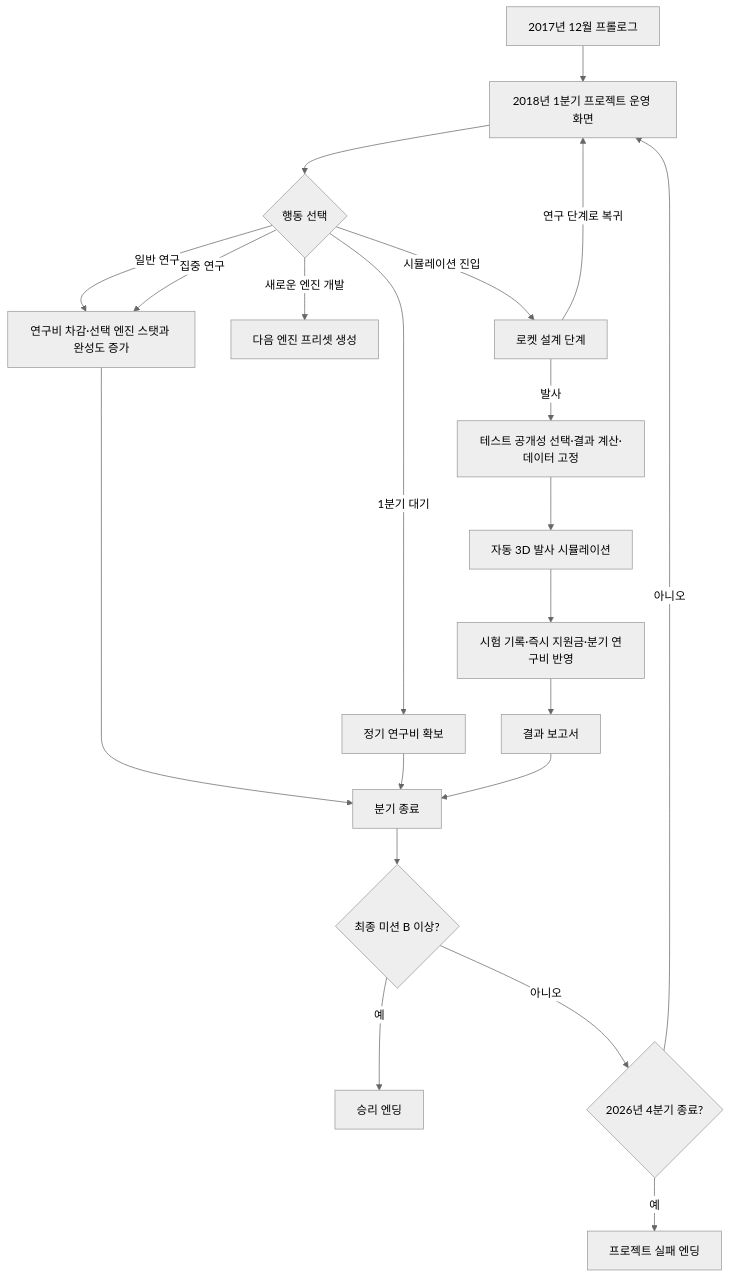
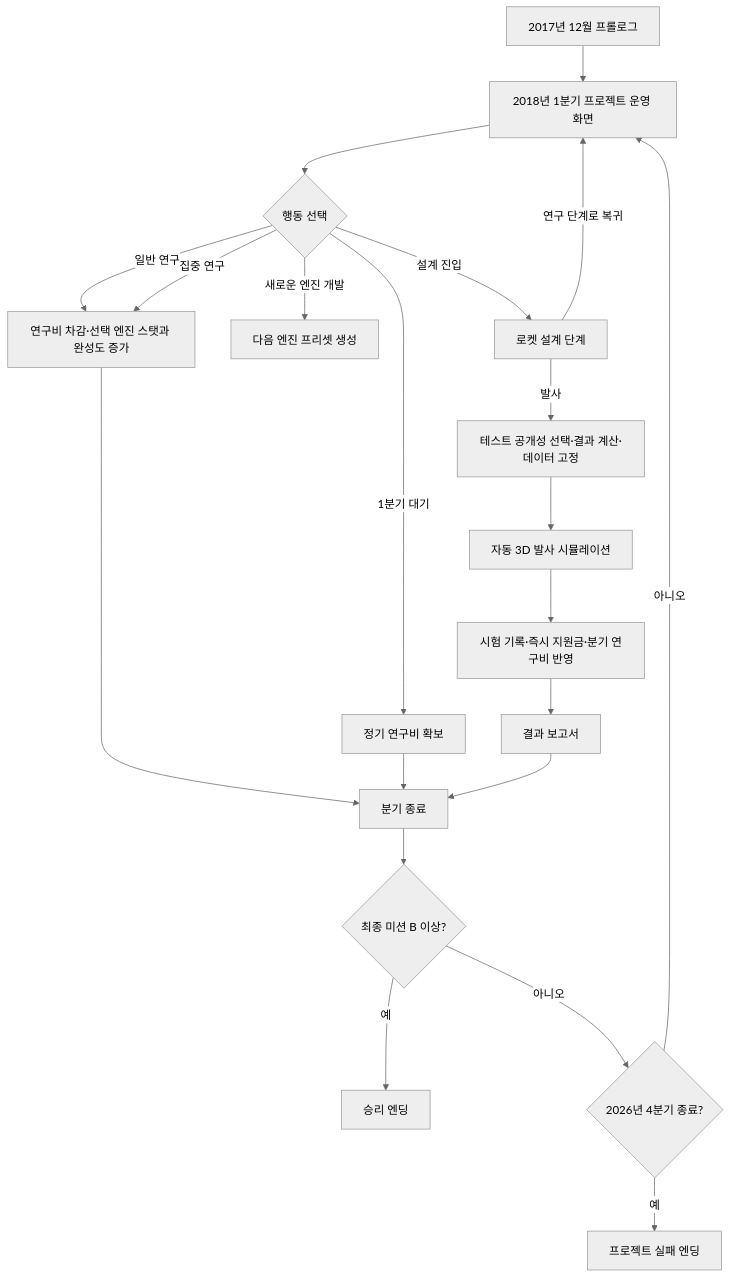
Before and after one commit to NHNAI-26/2026NHNAI: the first of 2 diagrams in docs/artemis-2026-gdd/02_전체_플레이_흐름.md, drawn with Mermaid (neutral theme). The commit also changed other lines of this file and 11 other files, not shown here.

````diff
--- a/docs/artemis-2026-gdd/02_전체_플레이_흐름.md
+++ b/docs/artemis-2026-gdd/02_전체_플레이_흐름.md
@@ -8,23 +8,23 @@
 ```mermaid
 flowchart TD
     A[2017년 12월 프롤로그] --> B[2018년 1분기 프로젝트 운영 화면]
     B --> C{행동 선택}
     C -->|일반 연구| D[연구비 차감·선택 엔진 스탯과 완성도 증가]
     C -->|집중 연구| D
     C -->|새로운 엔진 개발| P[다음 엔진 프리셋 생성]
     C -->|1분기 대기| E[정기 연구비 확보]
-    C -->|시뮬레이션 진입| F[로켓 설계 단계]
+    C -->|설계 진입| F[로켓 설계 단계]
     F -->|연구 단계로 복귀| B
     F -->|발사| G[테스트 공개성 선택·결과 계산·데이터 고정]
     G --> H[자동 3D 발사 시뮬레이션]
     H --> I[시험 기록·즉시 지원금·분기 연구비 반영]
     I --> Q[결과 보고서]
     D --> J[분기 종료]
     E --> J
     Q --> J
     J --> K{최종 미션 B 이상?}
     K -->|예| L[승리 엔딩]
     K -->|아니오| M{2026년 4분기 종료?}
     M -->|아니오| B
     M -->|예| N[프로젝트 실패 엔딩]
 ```
````
